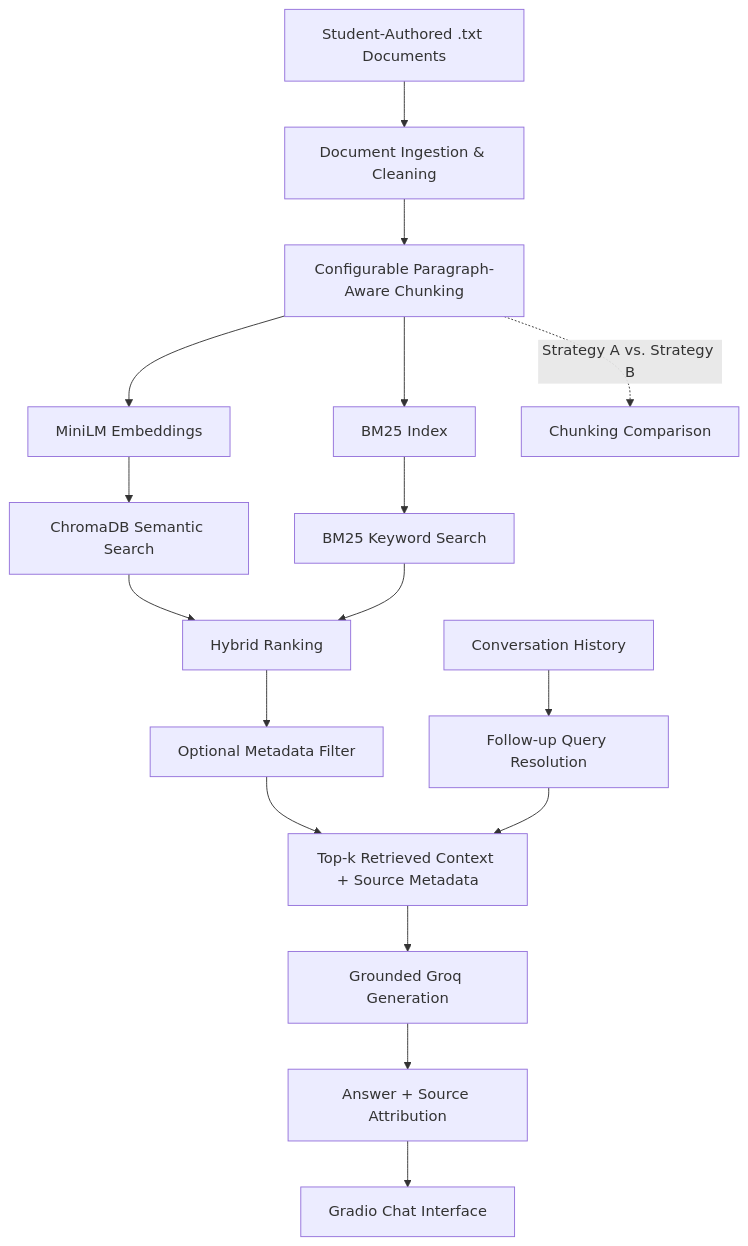
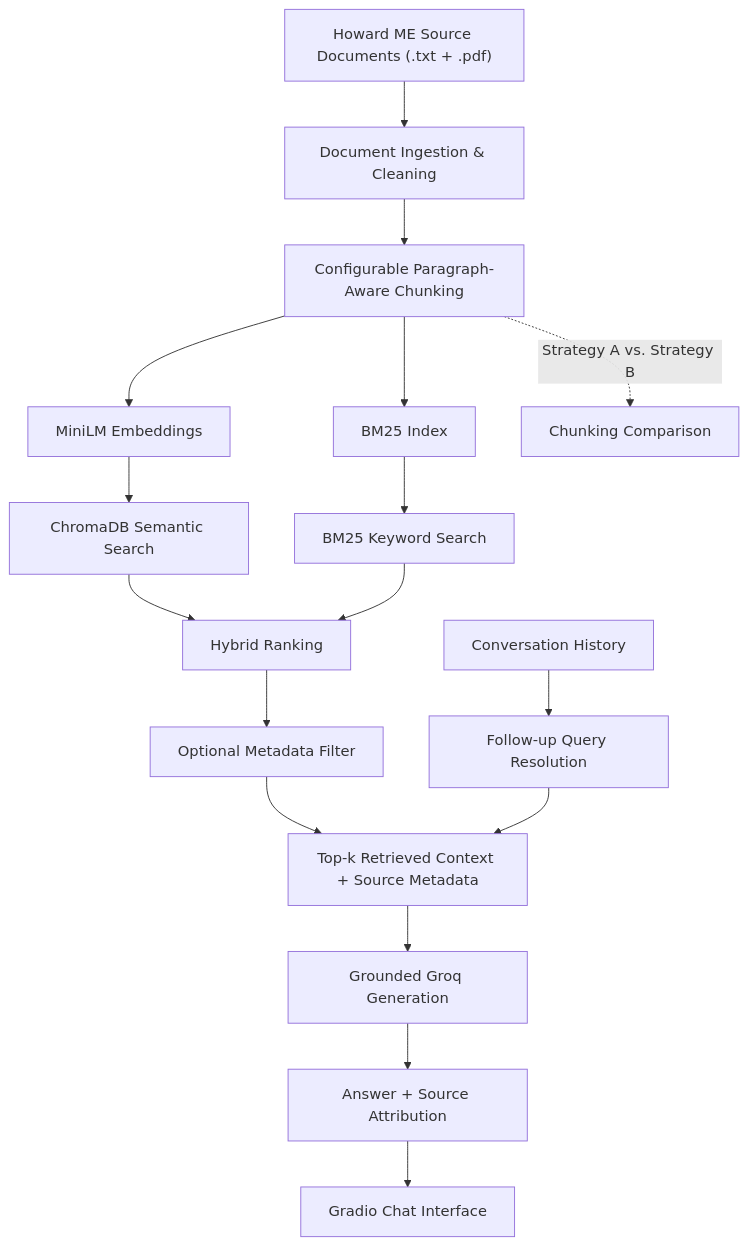
One commit to blayne-montaque/ai201-project1-unofficial-guide-starter changed the diagram in planning.md. Above: the diagram before and after it, drawn with Mermaid. The commit also changed other lines of this file and 2 other files, not shown here.

Commit message:
Fix ingestion validation and metadata chunk handling

````diff
--- a/planning.md
+++ b/planning.md
@@ -344,26 +334,26 @@
 ```mermaid
 flowchart TD
-    A["Student-Authored .txt Documents"] --> B["Document Ingestion & Cleaning"]
+    A["Howard ME Source Documents (.txt + .pdf)"] --> B["Document Ingestion & Cleaning"]
     B --> C["Configurable Paragraph-Aware Chunking"]
 
     C --> D["MiniLM Embeddings"]
     C --> E["BM25 Index"]
 
     D --> F["ChromaDB Semantic Search"]
     E --> G["BM25 Keyword Search"]
 
     F --> H["Hybrid Ranking"]
     G --> H
 
     H --> I["Optional Metadata Filter"]
     I --> J["Top-k Retrieved Context + Source Metadata"]
 
     K["Conversation History"] --> L["Follow-up Query Resolution"]
     L --> J
 
     J --> M["Grounded Groq Generation"]
     M --> N["Answer + Source Attribution"]
     N --> O["Gradio Chat Interface"]
 
     C -. "Strategy A vs. Strategy B" .-> P["Chunking Comparison"]
 ```
````
